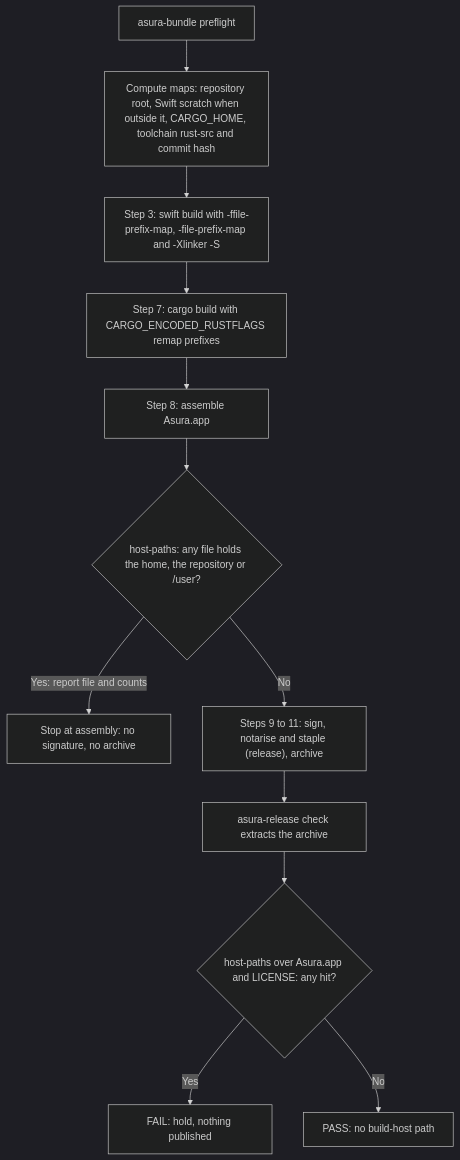
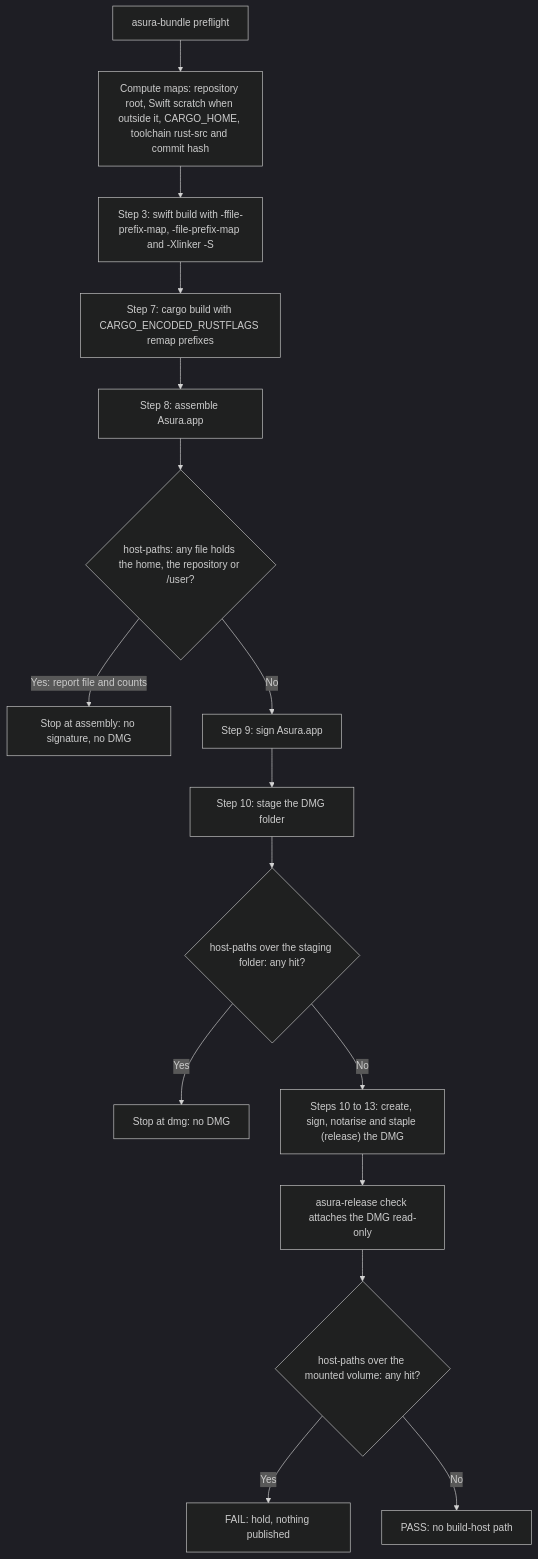
One commit to pidster/asura changed the seventh of 17 diagrams in docs/designs/release-signing.md. Above: the diagram before and after it, drawn with Mermaid (dark theme). The commit also changed other lines of this file and 10 other files, not shown here.

````diff
--- a/docs/designs/release-signing.md
+++ b/docs/designs/release-signing.md
@@ -898,14 +1001,18 @@
 ```mermaid
 flowchart TD
     Pre["asura-bundle preflight"] --> Maps["Compute maps: repository root, Swift scratch when outside it, CARGO_HOME, toolchain rust-src and commit hash"]
     Maps --> SB["Step 3: swift build with -ffile-prefix-map, -file-prefix-map and -Xlinker -S"]
     SB --> CB["Step 7: cargo build with CARGO_ENCODED_RUSTFLAGS remap prefixes"]
     CB --> Asm["Step 8: assemble Asura.app"]
     Asm --> Scan{"host-paths: any file holds the home, the repository or /user?"}
-    Scan -->|"Yes: report file and counts"| Stop["Stop at assembly: no signature, no archive"]
-    Scan -->|No| Sign["Steps 9 to 11: sign, notarise and staple (release), archive"]
-    Sign --> Chk["asura-release check extracts the archive"]
-    Chk --> Scan2{"host-paths over Asura.app and LICENSE: any hit?"}
+    Scan -->|"Yes: report file and counts"| Stop["Stop at assembly: no signature, no DMG"]
+    Scan -->|No| Sign["Step 9: sign Asura.app"]
+    Sign --> Stage["Step 10: stage the DMG folder"]
+    Stage --> Scan3{"host-paths over the staging folder: any hit?"}
+    Scan3 -->|Yes| Stop2["Stop at dmg: no DMG"]
+    Scan3 -->|No| Img["Steps 10 to 13: create, sign, notarise and staple (release) the DMG"]
+    Img --> Chk["asura-release check attaches the DMG read-only"]
+    Chk --> Scan2{"host-paths over the mounted volume: any hit?"}
     Scan2 -->|Yes| Fail["FAIL: hold, nothing published"]
     Scan2 -->|No| Pass["PASS: no build-host path"]
 ```
````
